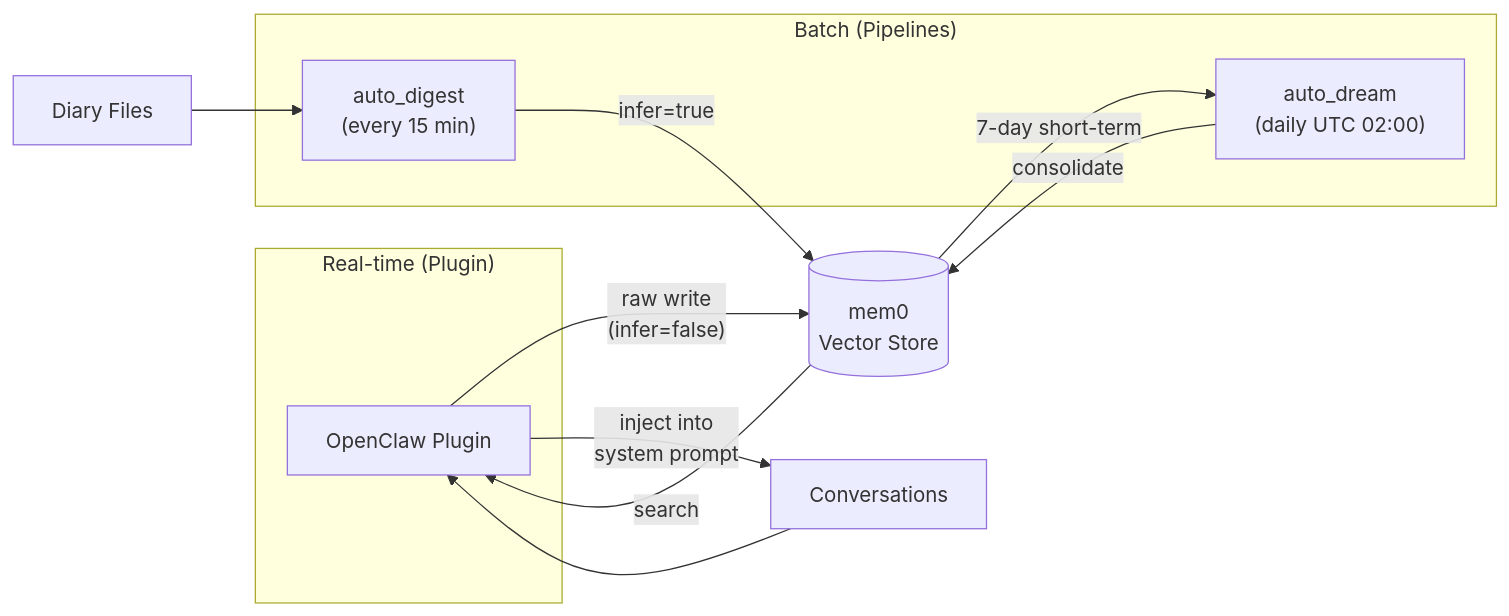
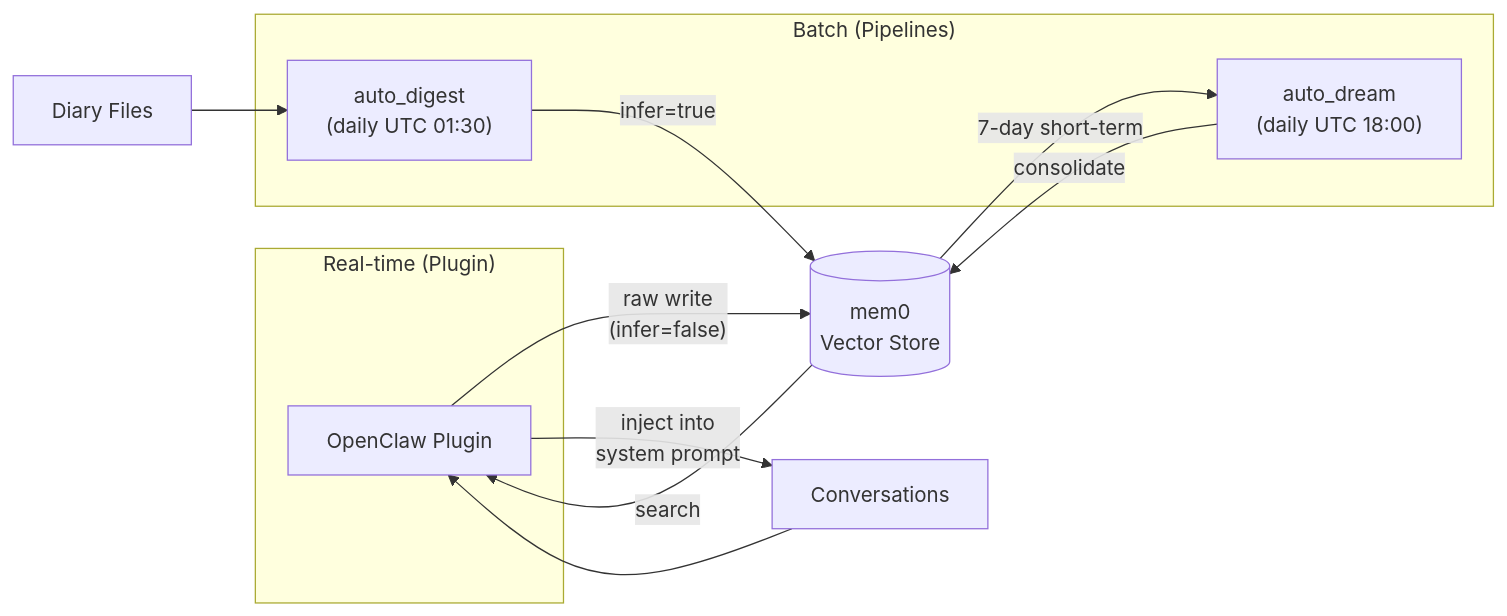
The first of 3 diagrams in docs/openclaw-plugin.md (norrishuang/mem0-memory-service), drawn with Mermaid before and after one commit. The commit also changed other lines of this file and 3 other files, not shown here.

Commit message:
fix: separate compaction flush hook, fix doc timings, tighten config schema

````diff
--- a/docs/openclaw-plugin.md
+++ b/docs/openclaw-plugin.md
@@ -9,15 +9,15 @@
 ```mermaid
 flowchart LR
     subgraph Realtime["Real-time (Plugin)"]
         P["OpenClaw Plugin"]
     end
     subgraph Batch["Batch (Pipelines)"]
-        D["auto_digest\n(every 15 min)"]
-        DR["auto_dream\n(daily UTC 02:00)"]
+        D["auto_digest\n(daily UTC 01:30)"]
+        DR["auto_dream\n(daily UTC 18:00)"]
     end
 
     Conv["Conversations"] --> P -->|"raw write\n(infer=false)"| Mem0[("mem0\nVector Store")]
     Diary["Diary Files"] --> D -->|"infer=true"| Mem0
     Mem0 -->|"7-day short-term"| DR -->|"consolidate"| Mem0
     Mem0 -->|"search"| P -->|"inject into\nsystem prompt"| Conv
 ```
````
